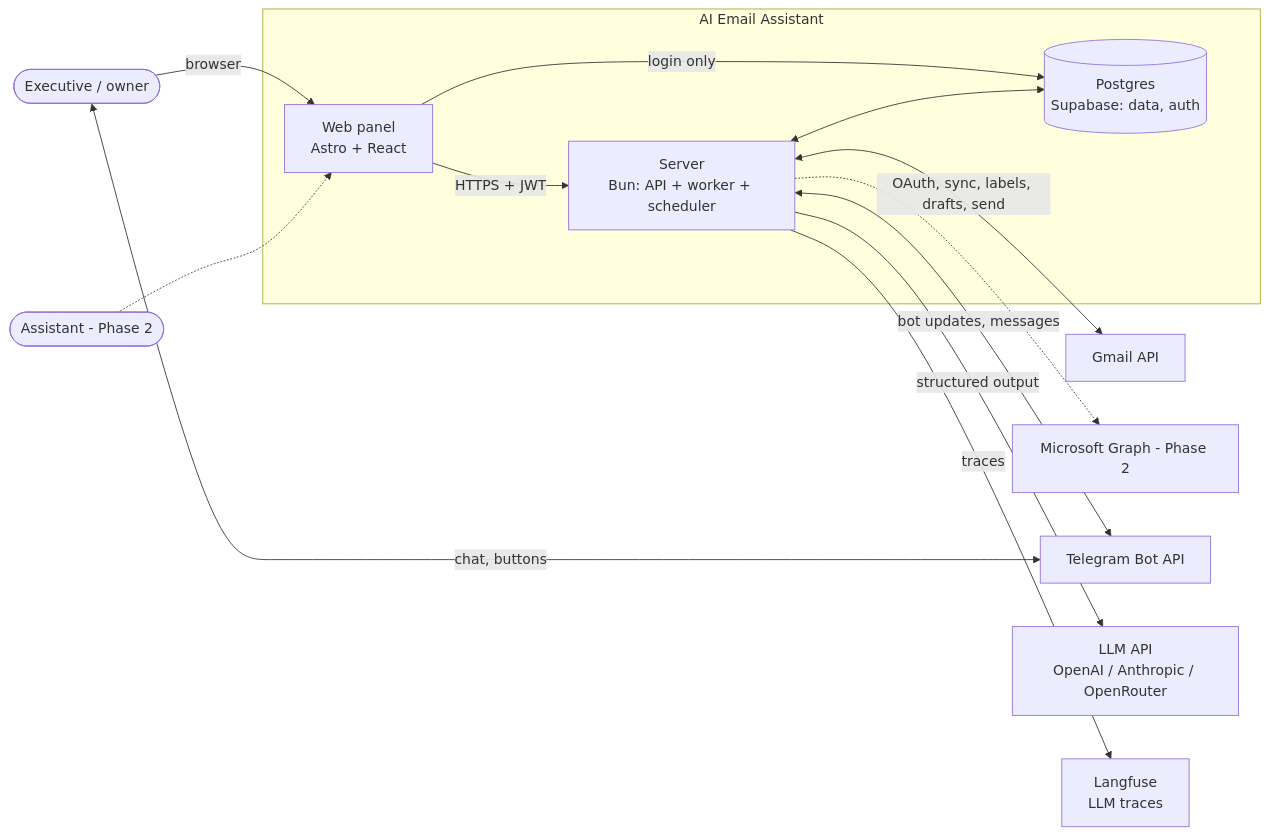
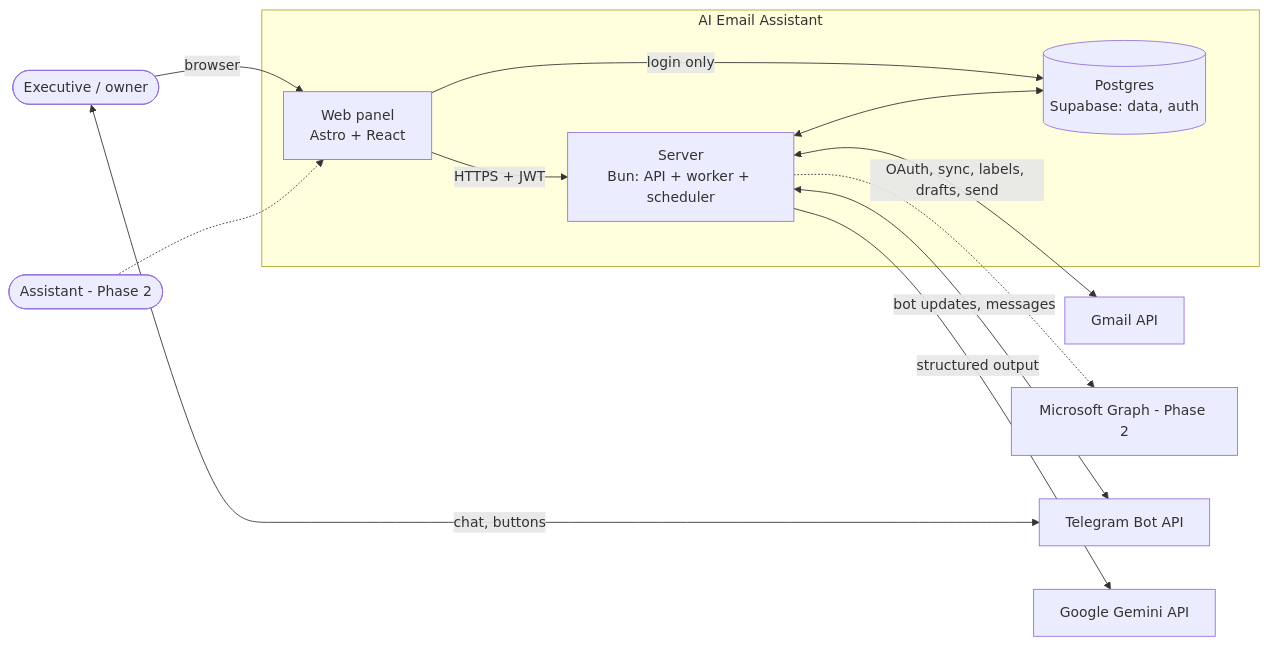
The first of 4 diagrams in docs/architecture.md (Artexs/email_assistant), drawn with Mermaid before and after one commit. The commit also changed other lines of this file and 11 other files, not shown here.

Commit message:
Gemini: @google/genai SDK, test script, env example; ADR 0007 = Gemini; docs updated

````diff
--- a/docs/architecture.md
+++ b/docs/architecture.md
@@ -20,29 +20,27 @@
 ```mermaid
 graph LR
     Exec([Executive / owner])
     EA([Assistant - Phase 2])
 
     subgraph Product["AI Email Assistant"]
         Web[Web panel<br/>Astro + React]
         Server[Server<br/>Bun: API + worker + scheduler]
         DB[(Postgres<br/>Supabase: data, auth)]
     end
 
     Gmail[Gmail API]
     M365[Microsoft Graph - Phase 2]
     TG[Telegram Bot API]
-    LLM[LLM API<br/>OpenAI / Anthropic / OpenRouter]
-    LF[Langfuse<br/>LLM traces]
+    LLM[Google Gemini API]
 
     Exec -->|browser| Web
     Exec <-->|chat, buttons| TG
     EA -.-> Web
     Web -->|HTTPS + JWT| Server
     Web -->|login only| DB
     Server <--> DB
     Server <-->|OAuth, sync, labels, drafts, send| Gmail
     Server -.-> M365
     Server <-->|bot updates, messages| TG
     Server -->|structured output| LLM
-    Server -->|traces| LF
 ```
````
